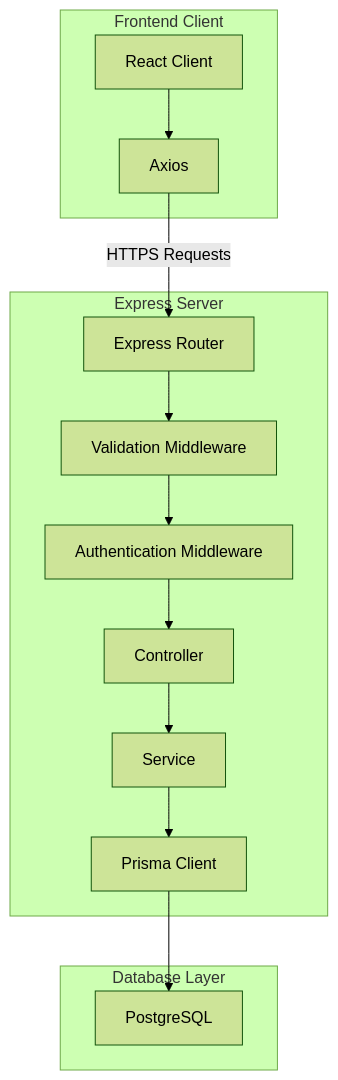
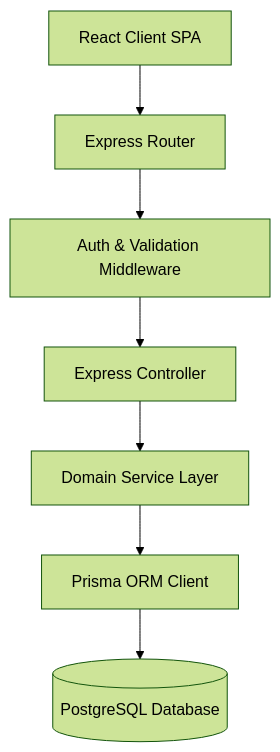
The diagram in README.md (Aaditgupta1234/AVELIS), drawn with Mermaid (forest theme) before and after one commit. The commit also changed other lines of this file and 16 other files, not shown here.

````diff
--- a/README.md
+++ b/README.md
@@ -210,19 +98,9 @@
 ```mermaid
 graph TD
-    subgraph Frontend Client
-        React[React Client] --> Axios[Axios]
-    end
-
-    subgraph Express Server
-        Axios -- HTTPS Requests --> Router[Express Router]
-        Router --> ValMiddleware[Validation Middleware]
-        ValMiddleware --> AuthMiddleware[Authentication Middleware]
-        AuthMiddleware --> Controller[Controller]
-        Controller --> Service[Service]
-        Service --> Prisma[Prisma Client]
-    end
-
-    subgraph Database Layer
-        Prisma --> PostgreSQL[PostgreSQL]
-    end
+    Client[React Client SPA] --> Router[Express Router]
+    Router --> Middleware[Auth & Validation Middleware]
+    Middleware --> Controller[Express Controller]
+    Controller --> Service[Domain Service Layer]
+    Service --> Prisma[Prisma ORM Client]
+    Prisma --> DB[(PostgreSQL Database)]
 ```
````
